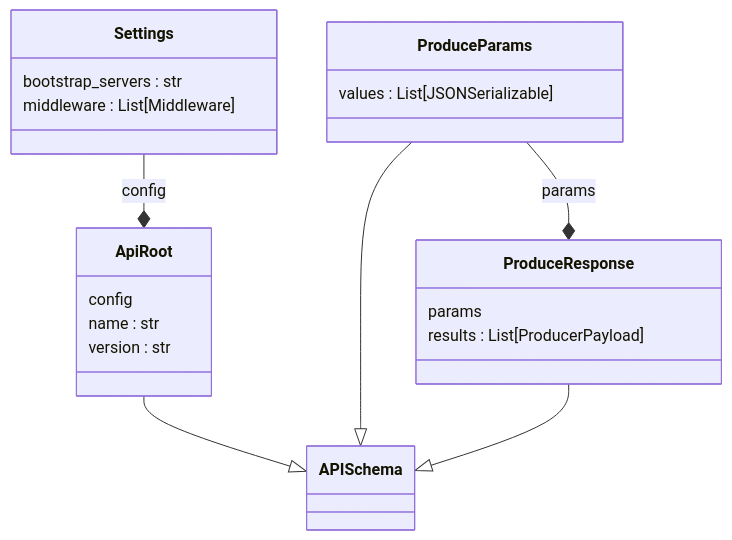
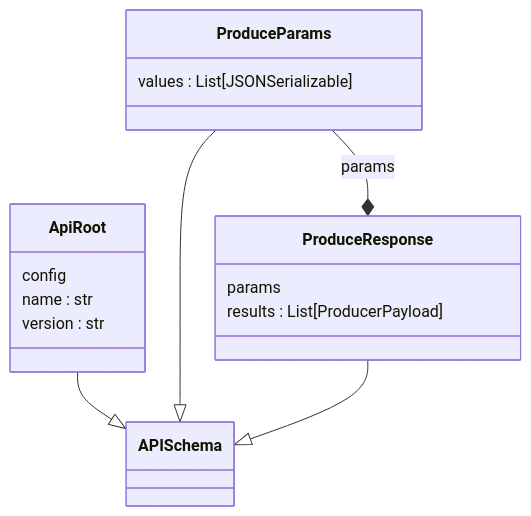
Before and after one commit to jonykalavera/kafkaescli: the diagram in docs/diagrams/classes_kafkaescli.interface.mmd, drawn with Mermaid. The commit also changed 2 other files, not shown here.

```diff
--- a/docs/diagrams/classes_kafkaescli.interface.mmd
+++ b/docs/diagrams/classes_kafkaescli.interface.mmd
@@ -1,24 +1,19 @@
 classDiagram
   class APISchema {
   }
   class ApiRoot {
     config
     name : str
     version : str
   }
   class ProduceParams {
     values : List[JSONSerializable]
   }
   class ProduceResponse {
     params
     results : List[ProducerPayload]
   }
-  class Settings {
-    bootstrap_servers : str
-    middleware : List[Middleware]
-  }
   ApiRoot --|> APISchema
   ProduceParams --|> APISchema
   ProduceResponse --|> APISchema
-  Settings --* ApiRoot : config
   ProduceParams --* ProduceResponse : params
```
